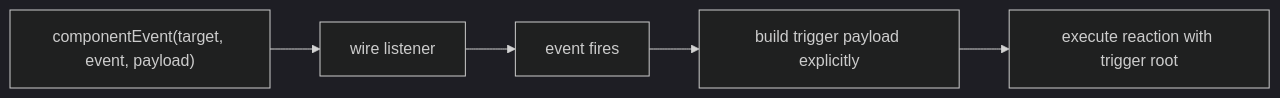
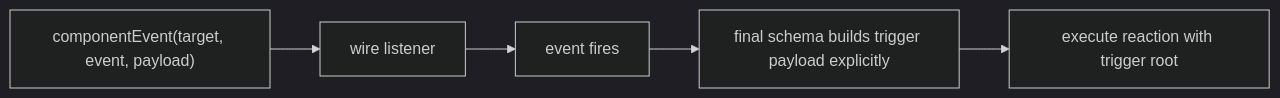
The second of 3 diagrams in docs/research/2026-03-31-issue-86-runtime-schema-proof.md (marafiq/alis-reactive), drawn with Mermaid (dark theme) before and after one commit. The commit also changed other lines of this file and 18 other files, not shown here.

Commit message:
proof: harden issue 86 schema lock package

````diff
--- a/docs/research/2026-03-31-issue-86-runtime-schema-proof.md
+++ b/docs/research/2026-03-31-issue-86-runtime-schema-proof.md
@@ -1067,7 +1098,7 @@
 ```mermaid
 flowchart LR
   A["componentEvent(target, event, payload)"] --> B["wire listener"]
   B --> C["event fires"]
-  C --> D["build trigger payload explicitly"]
+  C --> D["final schema builds trigger payload explicitly"]
   D --> E["execute reaction with trigger root"]
 ```
````
